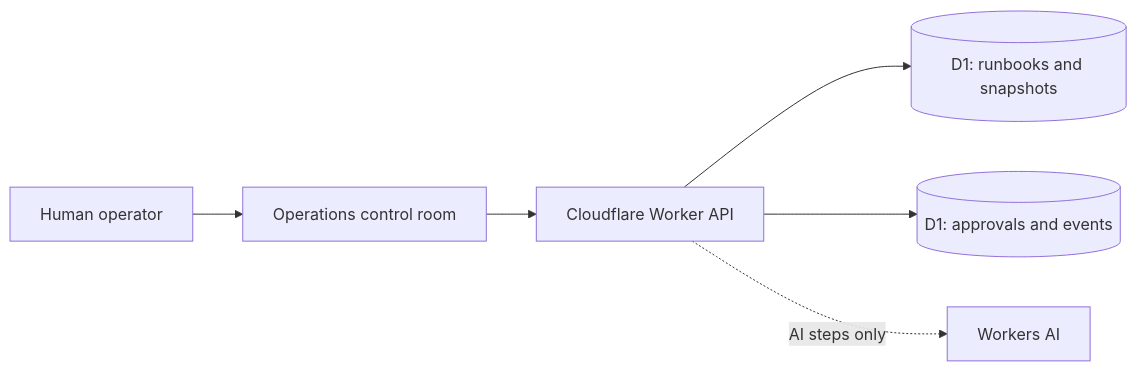
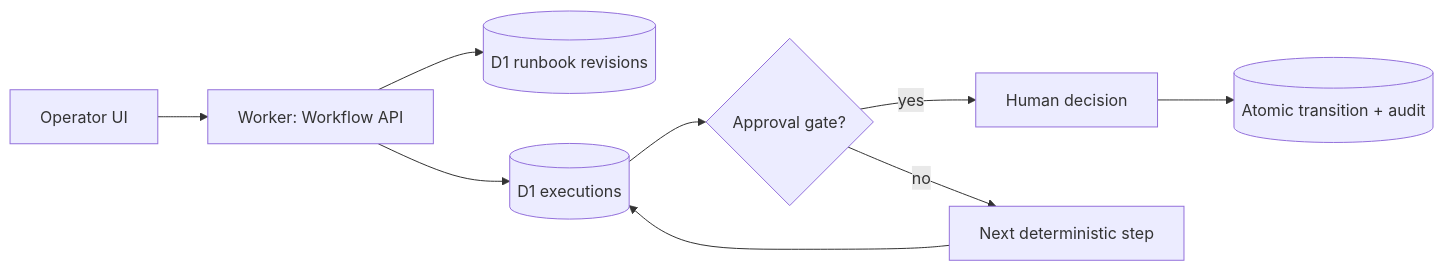
One commit to amiddlebrook/RivetFlow changed the diagram in README.md. Above: the diagram before and after it, drawn with Mermaid. The commit also changed other lines of this file and 4 other files, not shown here.

````diff
--- a/README.md
+++ b/README.md
@@ -53,8 +57,11 @@
 ```mermaid
 flowchart LR
-  Browser[Operations control room] --> Worker[Cloudflare Worker API]
-  Worker --> State[(D1: runbooks and snapshots)]
-  Worker --> Approvals[(D1: approvals and events)]
-  Worker -. AI steps only .-> AI[Workers AI]
-  Operator[Human operator] --> Browser
+  O[Operator UI] --> W[Worker: Workflow API]
+  W --> R[(D1 runbook revisions)]
+  W --> X[(D1 executions)]
+  X --> G{Approval gate?}
+  G -->|yes| H[Human decision]
+  G -->|no| S[Next deterministic step]
+  H --> A[(Atomic transition + audit)]
+  S --> X
 ```
````
